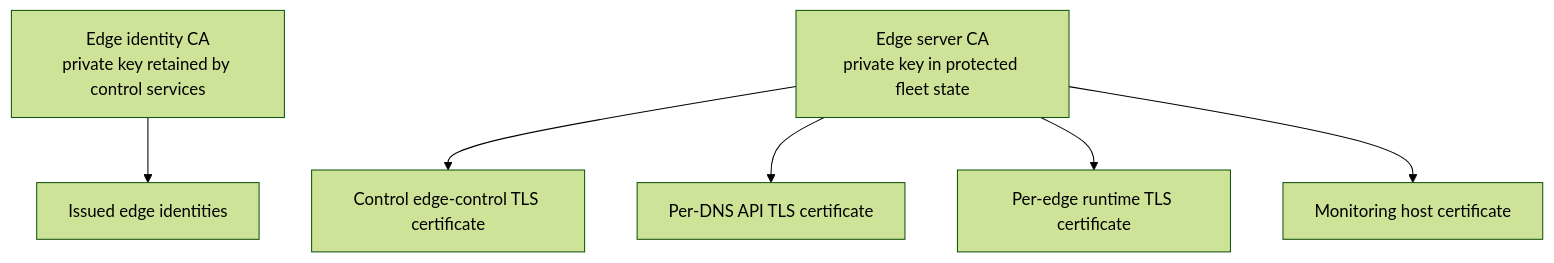
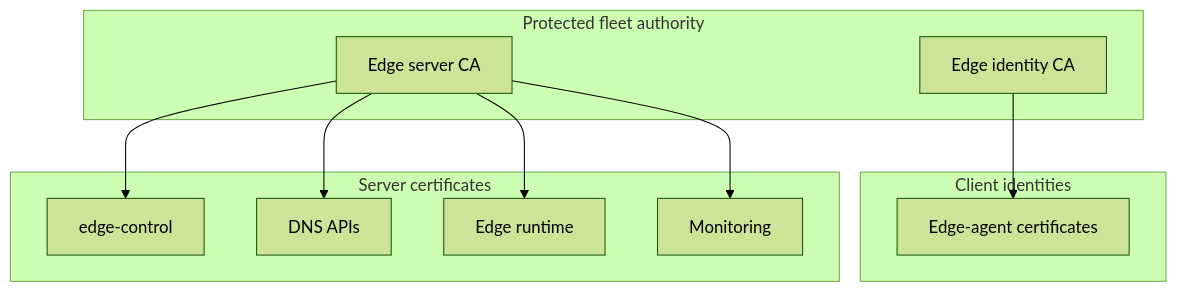
The fifth of 7 diagrams in docs/deployment/production-fleet.md (vaheed/CDNFoundry), drawn with Mermaid (forest theme) before and after one commit. The commit also changed other lines of this file and 24 other files, not shown here.

````diff
--- a/docs/deployment/production-fleet.md
+++ b/docs/deployment/production-fleet.md
@@ -113,10 +130,16 @@
 ```mermaid
 flowchart TB
-    ICA[Edge identity CA\nprivate key retained by control services]
-    SCA[Edge server CA\nprivate key in protected fleet state]
-    SCA --> CC[Control edge-control TLS certificate]
-    SCA --> DC[Per-DNS API TLS certificate]
-    SCA --> EC[Per-edge runtime TLS certificate]
-    SCA --> MC[Monitoring host certificate]
-    ICA --> EI[Issued edge identities]
+    subgraph Authority["Protected fleet authority"]
+      ICA["Edge identity CA"]
+      SCA["Edge server CA"]
+    end
+    subgraph Identities["Client identities"]
+      ICA --> EI["Edge-agent certificates"]
+    end
+    subgraph Servers["Server certificates"]
+      SCA --> CC["edge-control"]
+      SCA --> DC["DNS APIs"]
+      SCA --> EC["Edge runtime"]
+      SCA --> MC["Monitoring"]
+    end
 ```
````
